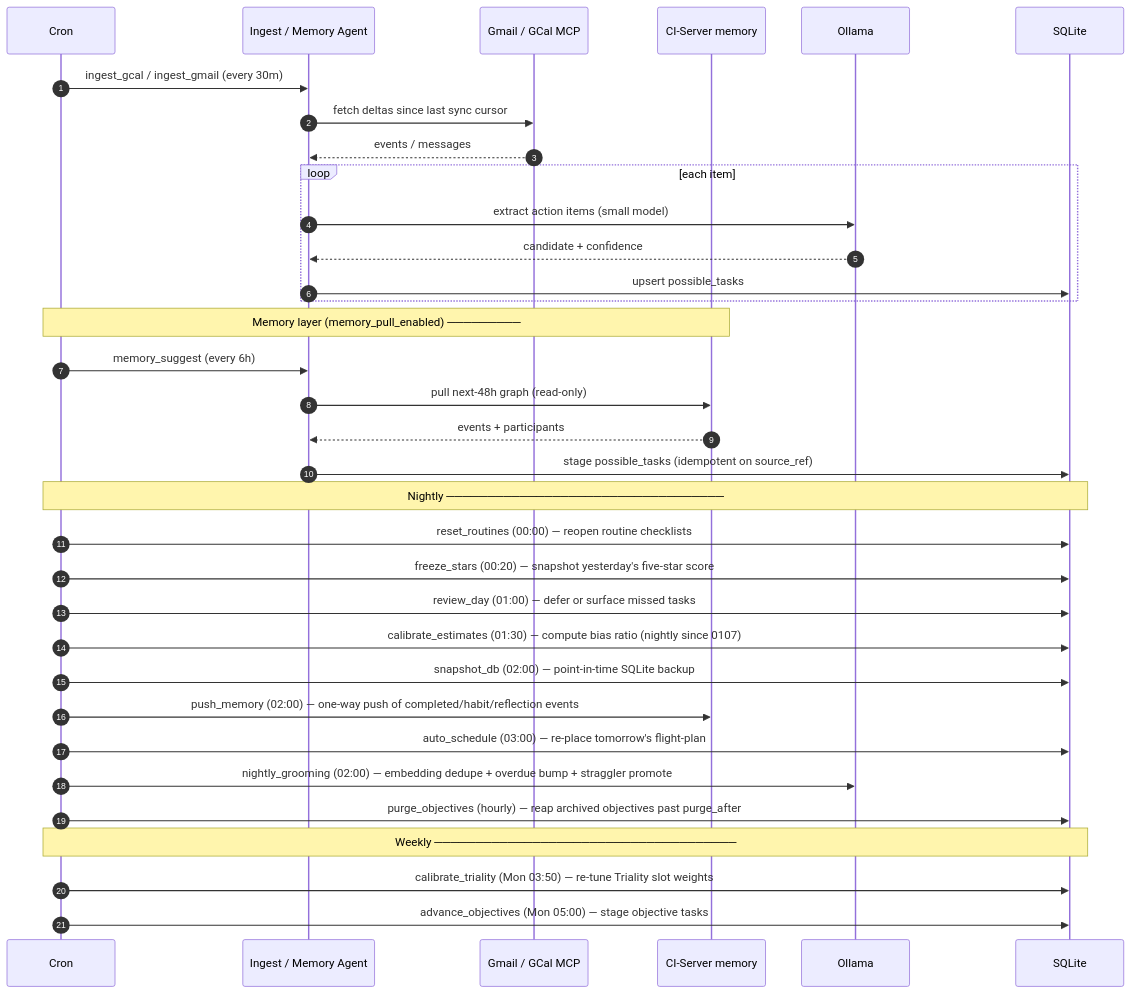
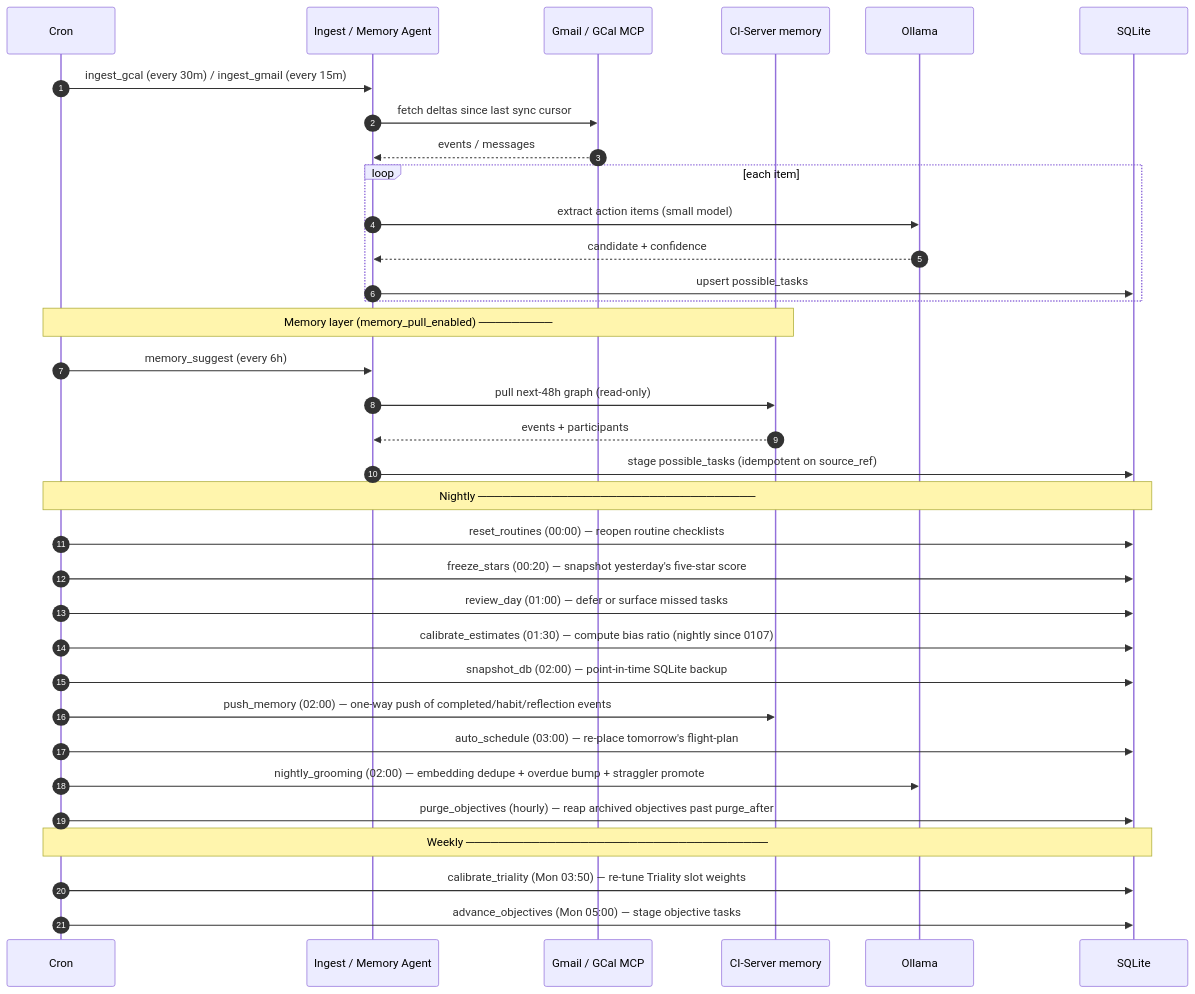
The third of 7 diagrams in ARCHITECTURE.md (companionintelligence/CI-Planning), drawn with Mermaid before and after one commit. The commit also changed other lines of this file, not shown here.

Commit message:
docs: correct the ingest_gmail cadence after migration 0146
Migration 0146 moved ingest_gmail to */15, but ARCHITECTURE.md still documented
"every 30m" in both the sequence diagram (:347) and the job table (:385) — the
one step of the plan I'd missed. The gcal row is untouched; it really is still
every 30m, which is why the diagram now names the two cadences separately
instead of sharing one.

Also notes on the job row that email possibles are review-gated, since "extract
possible-task candidates" now stops short of creating tasks.

````diff
--- a/ARCHITECTURE.md
+++ b/ARCHITECTURE.md
@@ -337,41 +337,41 @@
 ```mermaid
 sequenceDiagram
     autonumber
     participant Cron
     participant Ing as Ingest / Memory Agent
     participant MCP as Gmail / GCal MCP
     participant Mem as CI-Server memory
     participant LLM as Ollama
     participant DB as SQLite
 
-    Cron->>Ing: ingest_gcal / ingest_gmail (every 30m)
+    Cron->>Ing: ingest_gcal (every 30m) / ingest_gmail (every 15m)
     Ing->>MCP: fetch deltas since last sync cursor
     MCP-->>Ing: events / messages
     loop each item
         Ing->>LLM: extract action items (small model)
         LLM-->>Ing: candidate + confidence
         Ing->>DB: upsert possible_tasks
     end
 
     Note over Cron,Mem: Memory layer (memory_pull_enabled) ─────────
     Cron->>Ing: memory_suggest (every 6h)
     Ing->>Mem: pull next-48h graph (read-only)
     Mem-->>Ing: events + participants
     Ing->>DB: stage possible_tasks (idempotent on source_ref)
 
     Note over Cron,DB: Nightly ──────────────────────────────────
     Cron->>DB: reset_routines (00:00) — reopen routine checklists
     Cron->>DB: freeze_stars (00:20) — snapshot yesterday's five-star score
     Cron->>DB: review_day (01:00) — defer or surface missed tasks
     Cron->>DB: calibrate_estimates (01:30) — compute bias ratio (nightly since 0107)
     Cron->>DB: snapshot_db (02:00) — point-in-time SQLite backup
     Cron->>Mem: push_memory (02:00) — one-way push of completed/habit/reflection events
     Cron->>DB: auto_schedule (03:00) — re-place tomorrow's flight-plan
     Cron->>LLM: nightly_grooming (02:00) — embedding dedupe + overdue bump + straggler promote
 
     Cron->>DB: purge_objectives (hourly) — reap archived objectives past purge_after
 
     Note over Cron,DB: Weekly ─────────────────────────────────────
     Cron->>DB: calibrate_triality (Mon 03:50) — re-tune Triality slot weights
     Cron->>DB: advance_objectives (Mon 05:00) — stage objective tasks
 ```
````
